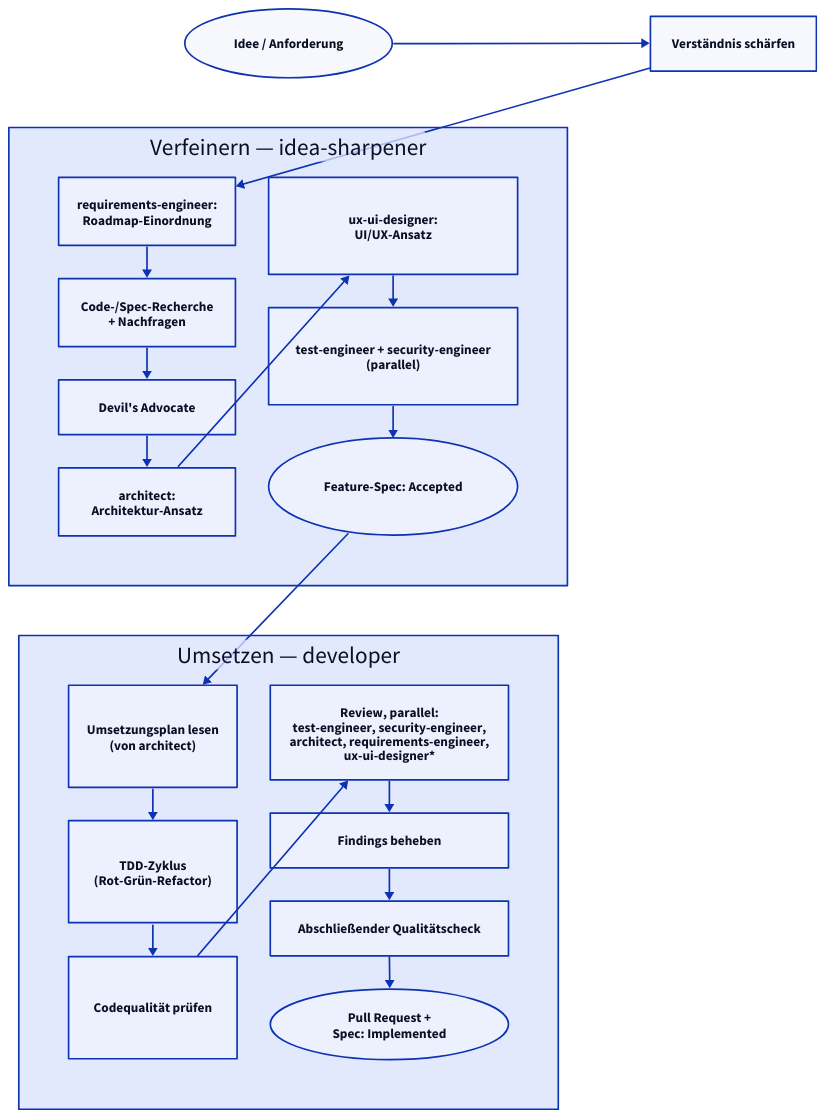
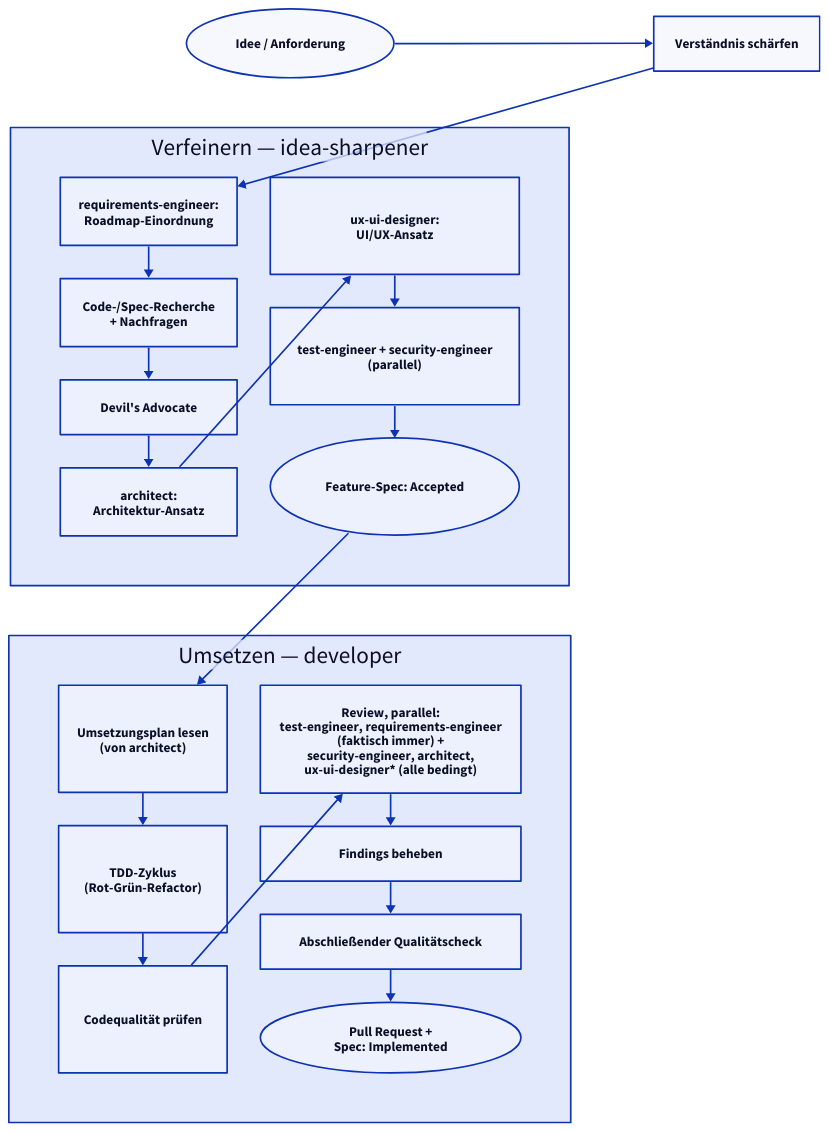
One commit to TheRealKoller/photosort changed the diagram in specs/diagrams/workflow-overview.d2. Above: the diagram before and after it, drawn with D2. The commit also changed 2 other files, not shown here.

Commit message:
docs: update workflow diagram footnote for bedingte security-engineer/architect
Der review-Knoten kennzeichnet jetzt security-engineer und architect
zusaetzlich zu ux-ui-designer als bedingt, test-engineer/requirements-
engineer bleiben als faktisch unbedingte Basis erkennbar. Neu gerendert
via scripts/render-diagrams.sh.

Ref: specs/features/0020-agenten-review-optimierung.md (AK9)

```diff
--- a/specs/diagrams/workflow-overview.d2
+++ b/specs/diagrams/workflow-overview.d2
@@ -1,53 +1,53 @@
 # Migriert aus dem bisherigen Mermaid-Flowchart in README.md.
 # Siehe ADR specs/decisions/0013-diagram-tooling-d2.md und
 # Feature-Spec specs/features/0018-diagram-tooling-migration.md.
 # Rendern: scripts/render-diagrams.sh (ruft "d2 --sketch" auf).
 #
 # Layout bewusst als kompaktes Grid statt einer einzelnen langen Kette pro
 # Subgraph (Akzeptanzkriterium "kompakter/weniger vertikaler Platzverbrauch"
 # als das bisherige Mermaid-Flowchart) - Inhalt/Knoten/Kanten sind eine reine
 # 1:1-Uebersetzung des bisherigen Diagramms, nur die Anordnung ist neu.
 #
 # Gerendert/verifiziert mit d2 v0.7.1 (https://github.com/d2lang/d2/releases).
 
 direction: right
 
 idea: "Idee / Anforderung" {
   shape: oval
 }
 understand: "Verständnis schärfen"
 
 idea -> understand
 
 refine: "Verfeinern — idea-sharpener" {
   grid-columns: 2
   re: "requirements-engineer:\nRoadmap-Einordnung"
   research: "Code-/Spec-Recherche\n+ Nachfragen"
   devil: "Devil's Advocate"
   arch: "architect:\nArchitektur-Ansatz"
   ux: "ux-ui-designer:\nUI/UX-Ansatz"
   testsec: "test-engineer + security-engineer\n(parallel)"
   spec: "Feature-Spec: Accepted" {
     shape: oval
   }
 
   re -> research -> devil -> arch -> ux -> testsec -> spec
 }
 
 implement: "Umsetzen — developer" {
   grid-columns: 2
   plan: "Umsetzungsplan lesen\n(von architect)"
   tdd: "TDD-Zyklus\n(Rot-Grün-Refactor)"
   quality: "Codequalität prüfen"
-  review: "Review, parallel:\ntest-engineer, security-engineer,\narchitect, requirements-engineer,\nux-ui-designer*"
+  review: "Review, parallel:\ntest-engineer, requirements-engineer\n(faktisch immer) +\nsecurity-engineer, architect,\nux-ui-designer* (alle bedingt)"
   fix: "Findings beheben"
   final: "Abschließender Qualitätscheck"
   pr: "Pull Request +\nSpec: Implemented" {
     shape: oval
   }
 
   plan -> tdd -> quality -> review -> fix -> final -> pr
 }
 
 understand -> refine.re
 refine.spec -> implement.plan
```
